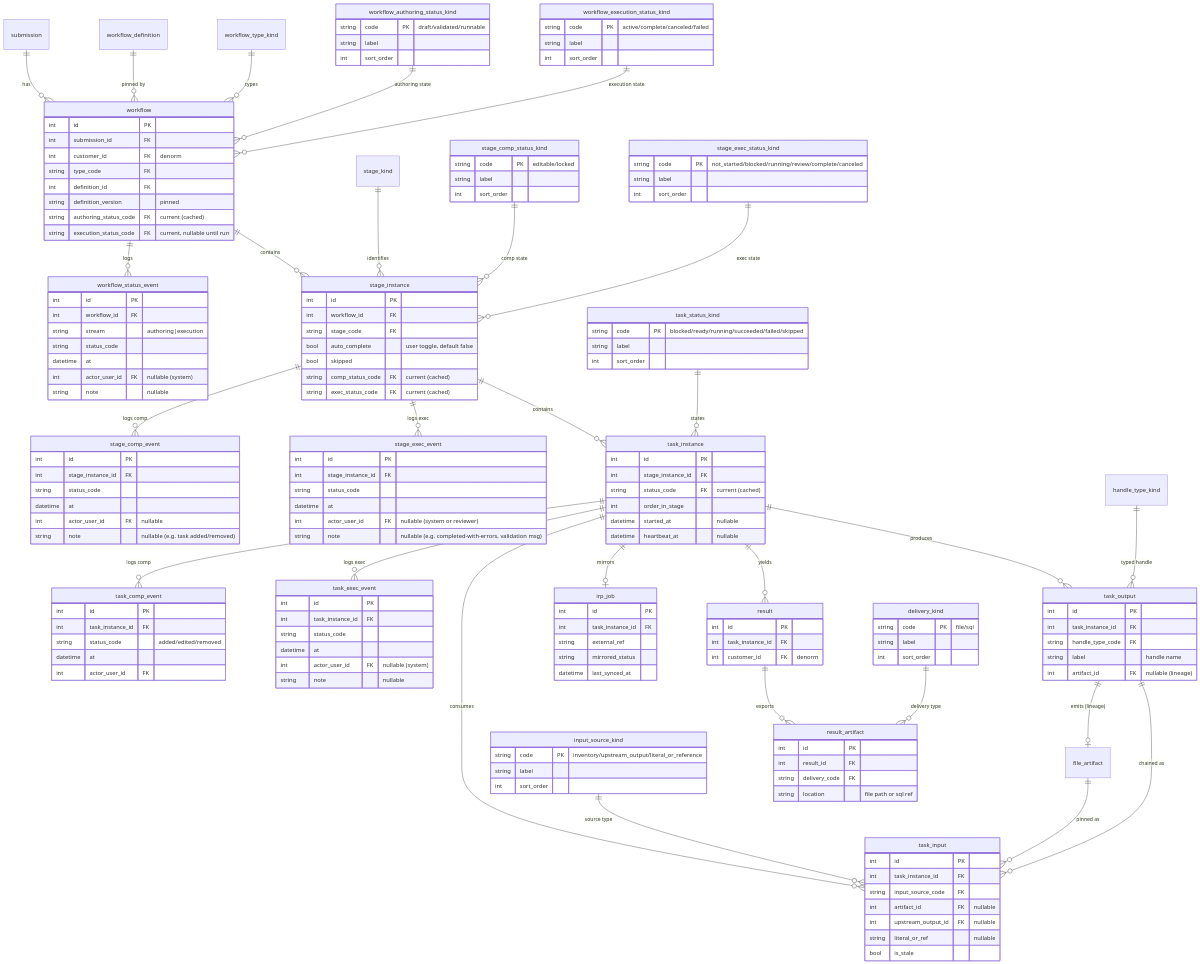
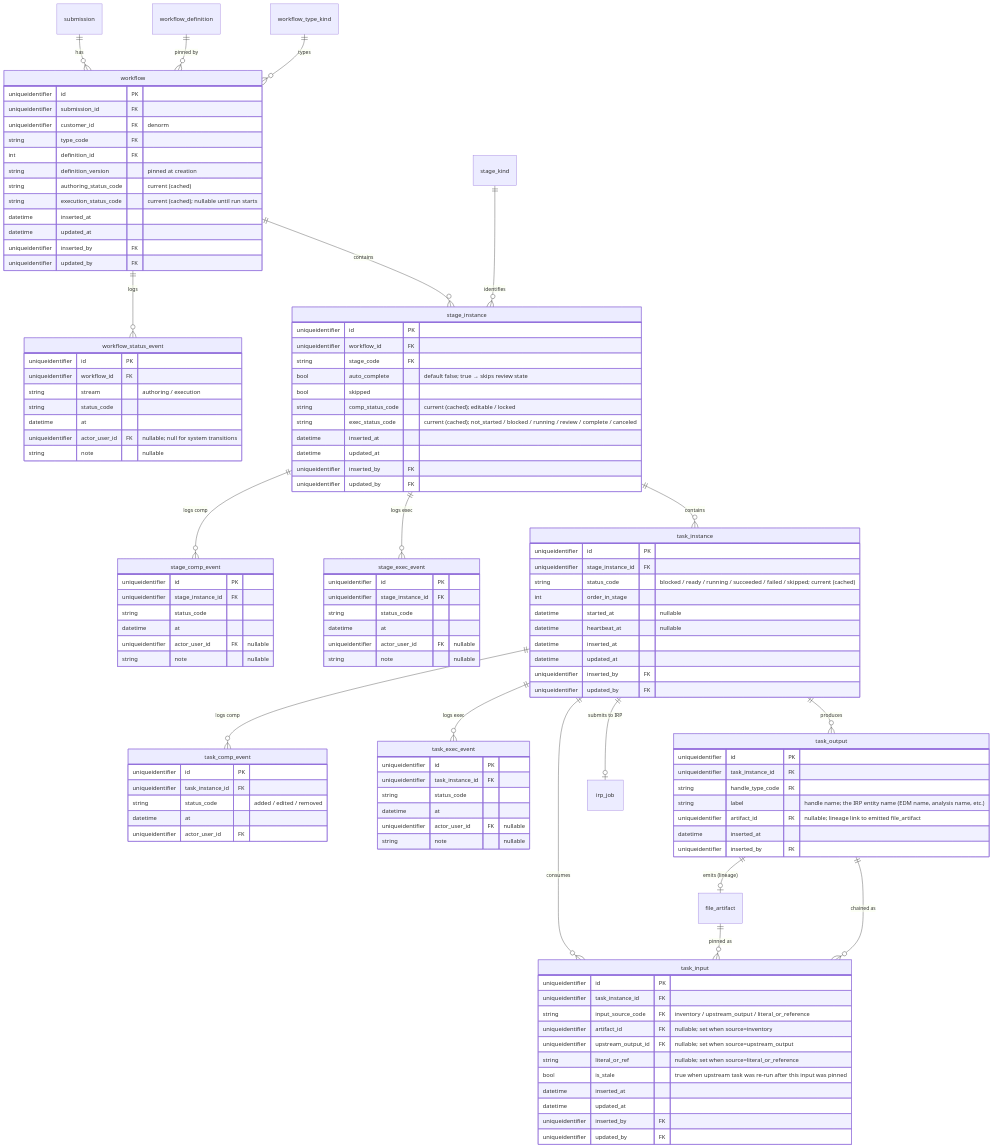
The seventh of 11 diagrams in docs/DATA_MODEL.md (anilvenugopal/risk-workbench), drawn with Mermaid before and after one commit. The commit also changed other lines of this file and 2 other files, not shown here.

First line of the commit message:
docs: rewrite PRD and data model for full IRP integration

````diff
--- a/docs/DATA_MODEL.md
+++ b/docs/DATA_MODEL.md
@@ -209,165 +517,120 @@
   submission ||--o{ workflow : has
   workflow_definition ||--o{ workflow : "pinned by"
   workflow_type_kind ||--o{ workflow : types
-  workflow_authoring_status_kind ||--o{ workflow : "authoring state"
-  workflow_execution_status_kind ||--o{ workflow : "execution state"
-  workflow ||--o{ workflow_status_event : "logs"
+  workflow ||--o{ workflow_status_event : logs
   workflow ||--o{ stage_instance : contains
   stage_kind ||--o{ stage_instance : identifies
-  stage_comp_status_kind ||--o{ stage_instance : "comp state"
-  stage_exec_status_kind ||--o{ stage_instance : "exec state"
   stage_instance ||--o{ stage_comp_event : "logs comp"
   stage_instance ||--o{ stage_exec_event : "logs exec"
   stage_instance ||--o{ task_instance : contains
-  task_status_kind ||--o{ task_instance : states
   task_instance ||--o{ task_comp_event : "logs comp"
   task_instance ||--o{ task_exec_event : "logs exec"
   task_instance ||--o{ task_input : consumes
   task_instance ||--o{ task_output : produces
-  input_source_kind ||--o{ task_input : "source type"
   file_artifact ||--o{ task_input : "pinned as"
   task_output ||--o{ task_input : "chained as"
-  handle_type_kind ||--o{ task_output : "typed handle"
   task_output ||--o| file_artifact : "emits (lineage)"
-  task_instance ||--o| irp_job : mirrors
-  task_instance ||--o{ result : yields
-  result ||--o{ result_artifact : exports
-  delivery_kind ||--o{ result_artifact : "delivery type"
+  task_instance ||--o| irp_job : "submits to IRP"
 
   workflow {
-    int id PK
-    int submission_id FK
-    int customer_id FK "denorm"
+    uniqueidentifier id PK
+    uniqueidentifier submission_id FK
+    uniqueidentifier customer_id FK "denorm"
     string type_code FK
     int definition_id FK
-    string definition_version "pinned"
-    string authoring_status_code FK "current (cached)"
-    string execution_status_code FK "current, nullable until run"
+    string definition_version "pinned at creation"
+    string authoring_status_code "current (cached)"
+    string execution_status_code "current (cached); nullable until run starts"
+    datetime inserted_at
+    datetime updated_at
+    uniqueidentifier inserted_by FK
+    uniqueidentifier updated_by FK
   }
   workflow_status_event {
-    int id PK
-    int workflow_id FK
-    string stream "authoring|execution"
+    uniqueidentifier id PK
+    uniqueidentifier workflow_id FK
+    string stream "authoring / execution"
     string status_code
     datetime at
-    int actor_user_id FK "nullable (system)"
+    uniqueidentifier actor_user_id FK "nullable; null for system transitions"
     string note "nullable"
   }
-  workflow_authoring_status_kind {
-    string code PK "draft/validated/runnable"
-    string label
-    int sort_order
-  }
-  workflow_execution_status_kind {
-    string code PK "active/complete/canceled/failed"
-    string label
-    int sort_order
-  }
   stage_instance {
-    int id PK
-    int workflow_id FK
+    uniqueidentifier id PK
+    uniqueidentifier workflow_id FK
     string stage_code FK
-    bool auto_complete "user toggle, default false"
+    bool auto_complete "default false; true → skips review state"
     bool skipped
-    string comp_status_code FK "current (cached)"
-    string exec_status_code FK "current (cached)"
-  }
-  stage_comp_status_kind {
-    string code PK "editable/locked"
-    string label
-    int sort_order
-  }
-  stage_exec_status_kind {
-    string code PK "not_started/blocked/running/review/complete/canceled"
-    string label
-    int sort_order
+    string comp_status_code "current (cached); editable / locked"
+    string exec_status_code "current (cached); not_started / blocked / running / review / complete / canceled"
+    datetime inserted_at
+    datetime updated_at
+    uniqueidentifier inserted_by FK
+    uniqueidentifier updated_by FK
   }
   stage_comp_event {
-    int id PK
-    int stage_instance_id FK
+    uniqueidentifier id PK
+    uniqueidentifier stage_instance_id FK
     string status_code
     datetime at
-    int actor_user_id FK "nullable"
-    string note "nullable (e.g. task added/removed)"
+    uniqueidentifier actor_user_id FK "nullable"
+    string note "nullable"
   }
   stage_exec_event {
-    int id PK
-    int stage_instance_id FK
+    uniqueidentifier id PK
+    uniqueidentifier stage_instance_id FK
     string status_code
     datetime at
-    int actor_user_id FK "nullable (system or reviewer)"
-    string note "nullable (e.g. completed-with-errors, validation msg)"
+    uniqueidentifier actor_user_id FK "nullable"
+    string note "nullable"
   }
   task_instance {
-    int id PK
-    int stage_instance_id FK
-    string status_code FK "current (cached)"
+    uniqueidentifier id PK
+    uniqueidentifier stage_instance_id FK
+    string status_code "blocked / ready / running / succeeded / failed / skipped; current (cached)"
     int order_in_stage
     datetime started_at "nullable"
     datetime heartbeat_at "nullable"
+    datetime inserted_at
+    datetime updated_at
+    uniqueidentifier inserted_by FK
+    uniqueidentifier updated_by FK
   }
   task_comp_event {
-    int id PK
-    int task_instance_id FK
-    string status_code "added/edited/removed"
+    uniqueidentifier id PK
+    uniqueidentifier task_instance_id FK
+    string status_code "added / edited / removed"
     datetime at
-    int actor_user_id FK
+    uniqueidentifier actor_user_id FK
   }
   task_exec_event {
-    int id PK
-    int task_instance_id FK
+    uniqueidentifier id PK
+    uniqueidentifier task_instance_id FK
     string status_code
     datetime at
-    int actor_user_id FK "nullable (system)"
+    uniqueidentifier actor_user_id FK "nullable"
     string note "nullable"
   }
-  task_status_kind {
-    string code PK "blocked/ready/running/succeeded/failed/skipped"
-    string label
-    int sort_order
-  }
   task_input {
-    int id PK
-    int task_instance_id FK
-    string input_source_code FK
-    int artifact_id FK "nullable"
-    int upstream_output_id FK "nullable"
-    string literal_or_ref "nullable"
-    bool is_stale
-  }
-  input_source_kind {
-    string code PK "inventory/upstream_output/literal_or_reference"
-    string label
-    int sort_order
+    uniqueidentifier id PK
+    uniqueidentifier task_instance_id FK
+    string input_source_code FK "inventory / upstream_output / literal_or_reference"
+    uniqueidentifier artifact_id FK "nullable; set when source=inventory"
+    uniqueidentifier upstream_output_id FK "nullable; set when source=upstream_output"
+    string literal_or_ref "nullable; set when source=literal_or_reference"
+    bool is_stale "true when upstream task was re-run after this input was pinned"
+    datetime inserted_at
+    datetime updated_at
+    uniqueidentifier inserted_by FK
+    uniqueidentifier updated_by FK
   }
   task_output {
-    int id PK
-    int task_instance_id FK
+    uniqueidentifier id PK
+    uniqueidentifier task_instance_id FK
     string handle_type_code FK
-    string label "handle name"
-    int artifact_id FK "nullable (lineage)"
-  }
-  irp_job {
-    int id PK
-    int task_instance_id FK
-    string external_ref
-    string mirrored_status
-    datetime last_synced_at
-  }
-  result {
-    int id PK
-    int task_instance_id FK
-    int customer_id FK "denorm"
-  }
-  result_artifact {
-    int id PK
-    int result_id FK
-    string delivery_code FK
-    string location "file path or sql ref"
-  }
-  delivery_kind {
-    string code PK "file/sql"
-    string label
-    int sort_order
+    string label "handle name; the IRP entity name (EDM name, analysis name, etc.)"
+    uniqueidentifier artifact_id FK "nullable; lineage link to emitted file_artifact"
+    datetime inserted_at
+    uniqueidentifier inserted_by FK
   }
 ```
````
